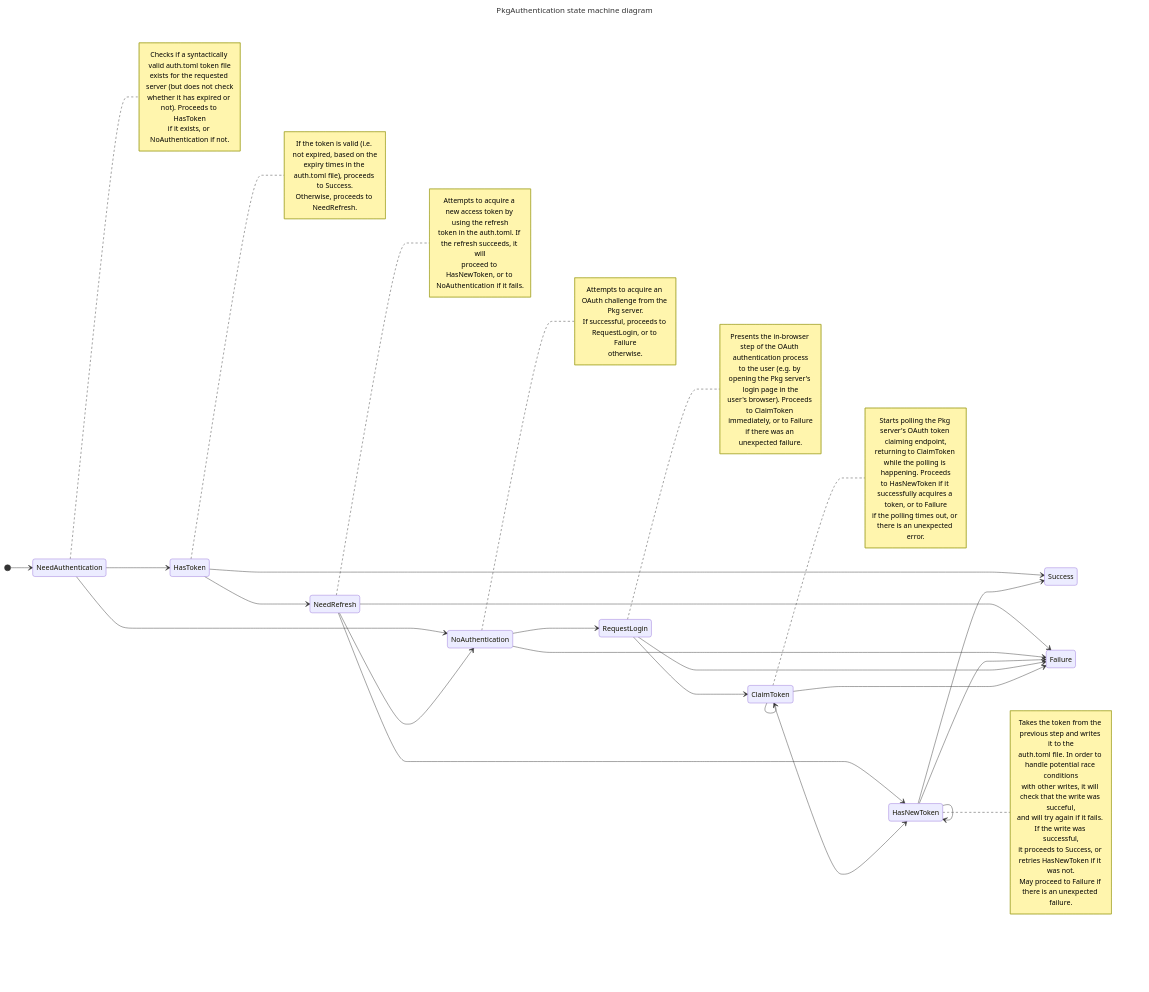
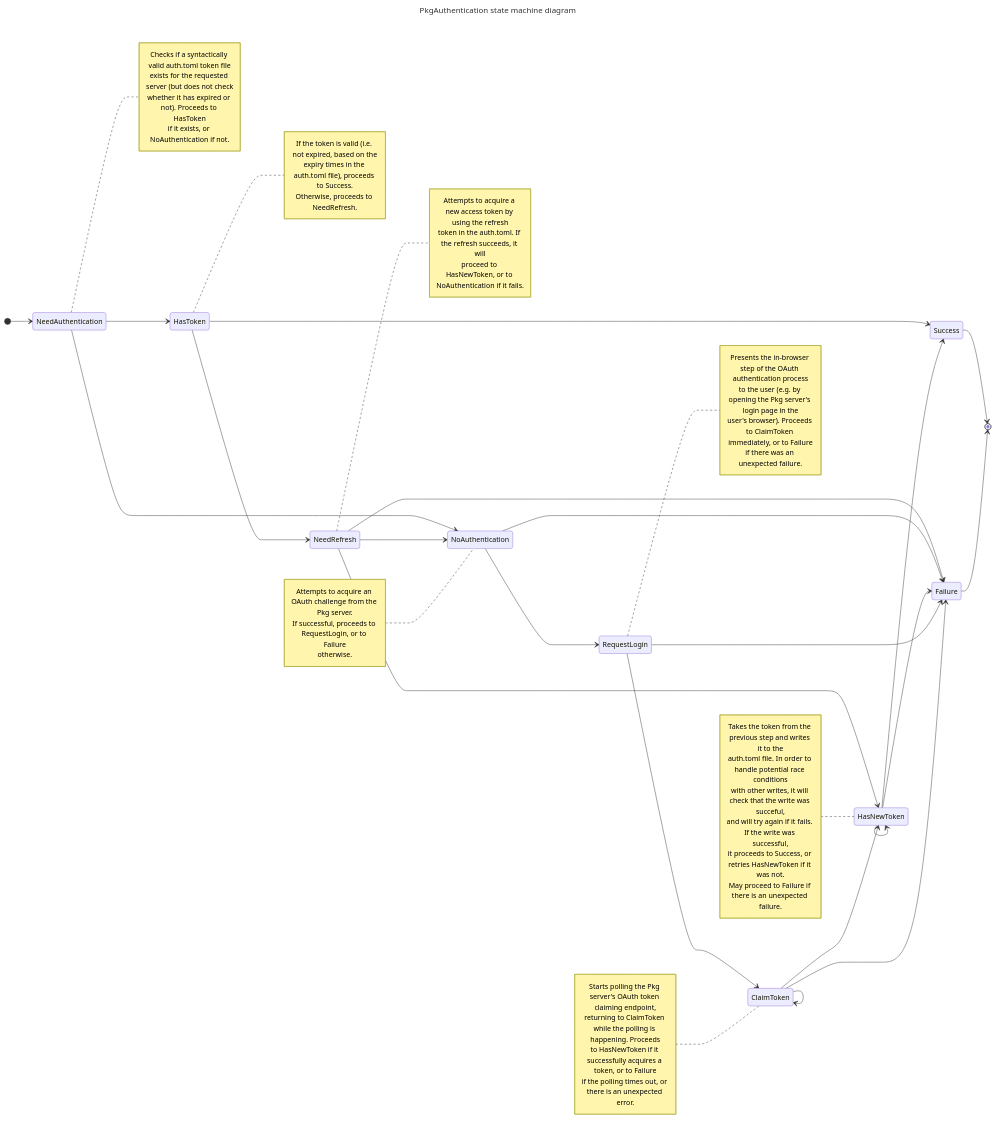
Before and after one commit to JuliaComputing/PkgAuthentication.jl: the diagram in docs/internals.md, drawn with Mermaid.

Commit message:
play with layout a bit

````diff
--- a/docs/internals.md
+++ b/docs/internals.md
@@ -5,75 +5,78 @@
 ```mermaid
 ---
 title: PkgAuthentication state machine diagram
 ---
 
 stateDiagram-v2
     direction LR
 
     [*] --> NeedAuthentication
 
     NeedAuthentication --> HasToken
     NeedAuthentication --> NoAuthentication
     note right of NeedAuthentication
         Checks if a syntactically valid auth.toml token file
         exists for the requested server (but does not check
         whether it has expired or not). Proceeds to HasToken
         if it exists, or NoAuthentication if not.
     end note
 
     HasToken --> NeedRefresh
     HasToken --> Success
     note right of HasToken
         If the token is valid (i.e. not expired, based on the
         expiry times in the auth.toml file), proceeds to Success.
         Otherwise, proceeds to NeedRefresh.
     end note
 
     NeedRefresh --> NoAuthentication
     NeedRefresh --> HasNewToken
     NeedRefresh --> Failure
     note right of NeedRefresh
         Attempts to acquire a new access token by using the refresh
         token in the auth.toml. If the refresh succeeds, it will
         proceed to HasNewToken, or to NoAuthentication if it fails.
     end note
 
     NoAuthentication --> RequestLogin
     NoAuthentication --> Failure
-    note right of NoAuthentication
+    note left of NoAuthentication
         Attempts to acquire an OAuth challenge from the Pkg server.
         If successful, proceeds to RequestLogin, or to Failure
         otherwise.
     end note
 
     HasNewToken --> HasNewToken
     HasNewToken --> Success
     HasNewToken --> Failure
-    note right of HasNewToken
+    note left of HasNewToken
         Takes the token from the previous step and writes it to the
         auth.toml file. In order to handle potential race conditions
         with other writes, it will check that the write was succeful,
         and will try again if it fails. If the write was successful,
         it proceeds to Success, or retries HasNewToken if it was not.
         May proceed to Failure if there is an unexpected failure.
     end note
 
     RequestLogin --> ClaimToken
     RequestLogin --> Failure
     note right of RequestLogin
         Presents the in-browser step of the OAuth authentication process
         to the user (e.g. by opening the Pkg server's login page in the
         user's browser). Proceeds to ClaimToken immediately, or to Failure
         if there was an unexpected failure.
     end note
 
     ClaimToken --> ClaimToken
     ClaimToken --> HasNewToken
     ClaimToken --> Failure
-    note right of ClaimToken
+    note left of ClaimToken
         Starts polling the Pkg server's OAuth token claiming endpoint,
         returning to ClaimToken while the polling is happening. Proceeds
         to HasNewToken if it successfully acquires a token, or to Failure
         if the polling times out, or there is an unexpected error.
     end note
+
+    Success --> [*]
+    Failure --> [*]
 ```
````
